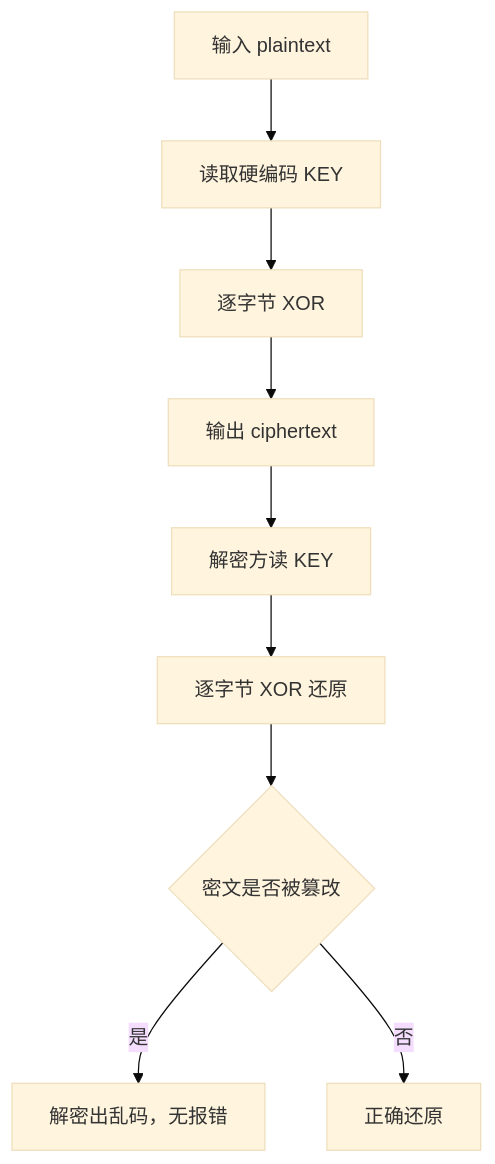
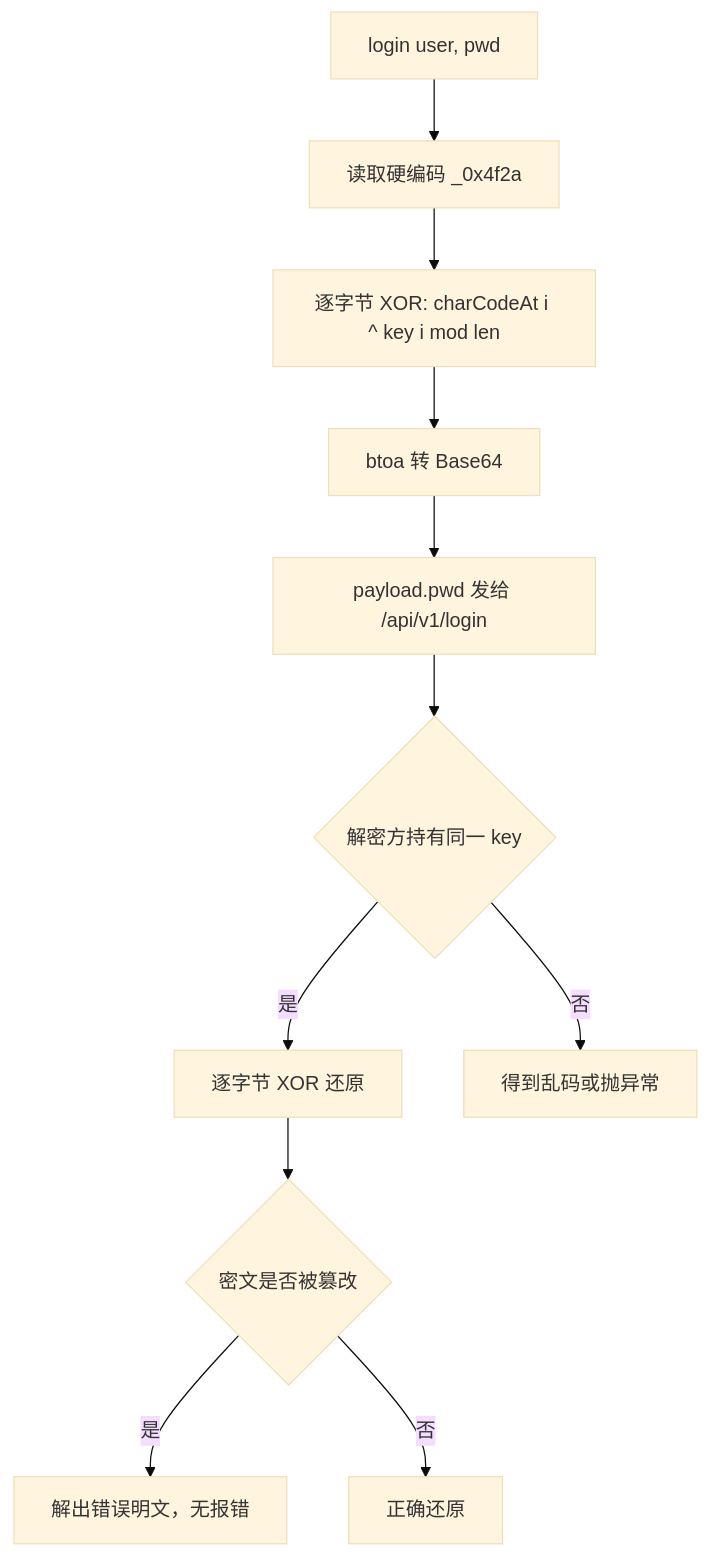
One commit to Trace520/ultimate-security-audit changed the diagram in examples/audit_report.md. Above: the diagram before and after it, drawn with Mermaid (base theme). The commit also changed other lines of this file and 2 other files, not shown here.

````diff
--- a/examples/audit_report.md
+++ b/examples/audit_report.md
@@ -15,11 +15,13 @@
 ```mermaid
 flowchart TD
-    A[输入 plaintext] --> B[读取硬编码 KEY]
-    B --> C[逐字节 XOR]
-    C --> D[输出 ciphertext]
-    D --> E[解密方读 KEY]
-    E --> F[逐字节 XOR 还原]
-    F --> G{密文是否被篡改}
-    G -->|是| H[解密出乱码，无报错]
-    G -->|否| I[正确还原]
+    A[login user, pwd] --> B[读取硬编码 _0x4f2a]
+    B --> C[逐字节 XOR: charCodeAt i ^ key i mod len]
+    C --> D[btoa 转 Base64]
+    D --> E[payload.pwd 发给 /api/v1/login]
+    E --> F{解密方持有同一 key}
+    F -->|是| G[逐字节 XOR 还原]
+    F -->|否| H[得到乱码或抛异常]
+    G --> I{密文是否被篡改}
+    I -->|是| J[解出错误明文，无报错]
+    I -->|否| K[正确还原]
 ```
````
